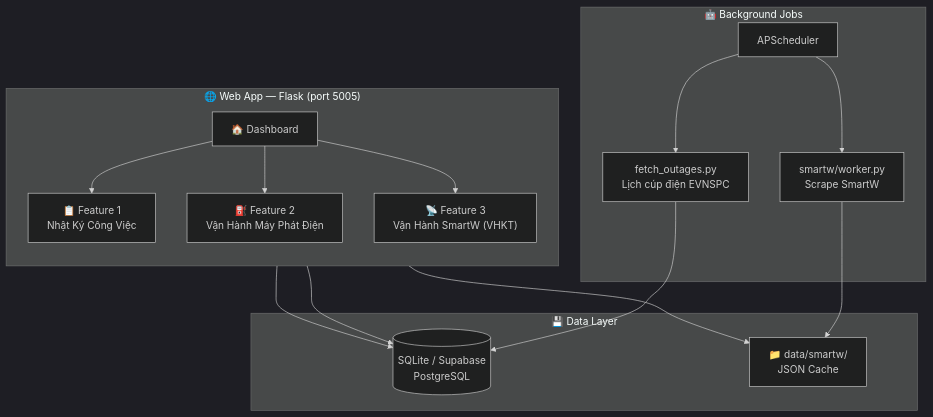
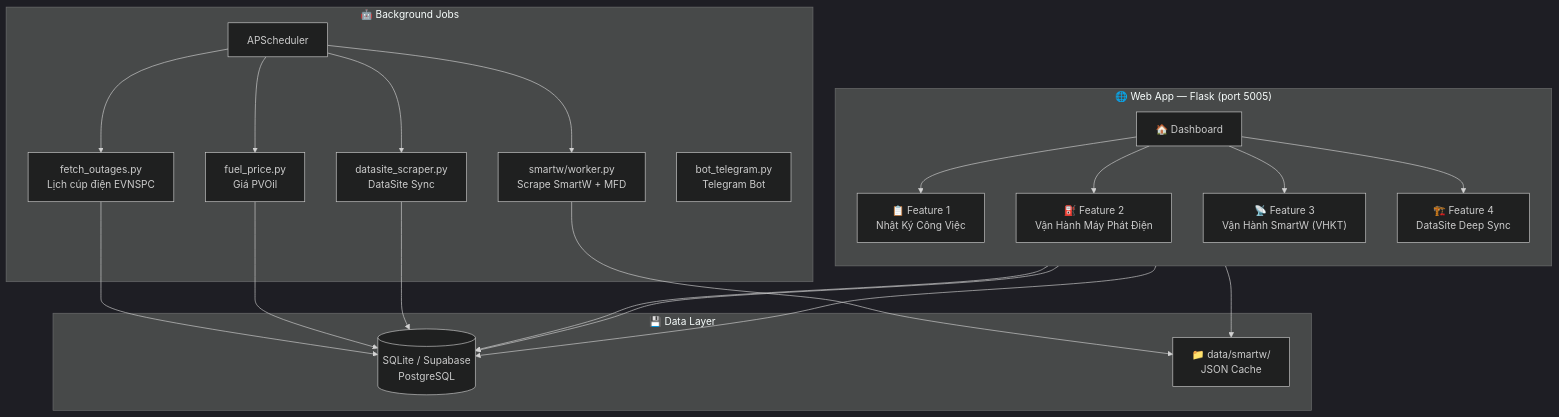
The first of 2 diagrams in docs/architecture/system_overview.md (canglt1985-glitch/Generator), drawn with Mermaid (dark theme) before and after one commit. The commit also changed other lines of this file and 7 other files, not shown here.

````diff
--- a/docs/architecture/system_overview.md
+++ b/docs/architecture/system_overview.md
@@ -12,30 +12,38 @@
 ```mermaid
 graph TB
     subgraph "🌐 Web App — Flask (port 5005)"
         direction TB
         A[🏠 Dashboard] --> F1
         A --> F2
         A --> F3
+        A --> F4
 
         F1["📋 Feature 1<br/>Nhật Ký Công Việc"]
         F2["⛽ Feature 2<br/>Vận Hành Máy Phát Điện"]
         F3["📡 Feature 3<br/>Vận Hành SmartW (VHKT)"]
+        F4["🏗️ Feature 4<br/>DataSite Deep Sync"]
     end
 
     subgraph "💾 Data Layer"
         DB[(SQLite / Supabase<br/>PostgreSQL)]
         JSON["📁 data/smartw/<br/>JSON Cache"]
     end
 
     subgraph "🤖 Background Jobs"
         SCH[APScheduler]
         EVNSPC["fetch_outages.py<br/>Lịch cúp điện EVNSPC"]
-        SW["smartw/worker.py<br/>Scrape SmartW"]
+        SW["smartw/worker.py<br/>Scrape SmartW + MFD"]
+        FP["fuel_price.py<br/>Giá PVOil"]
+        DS["datasite_scraper.py<br/>DataSite Sync"]
+        TG["bot_telegram.py<br/>Telegram Bot"]
     end
 
     F1 --> DB
     F2 --> DB
     F3 --> JSON
+    F4 --> DB
     SCH --> EVNSPC --> DB
     SCH --> SW --> JSON
+    SCH --> FP --> DB
+    SCH --> DS --> DB
 ```
````
